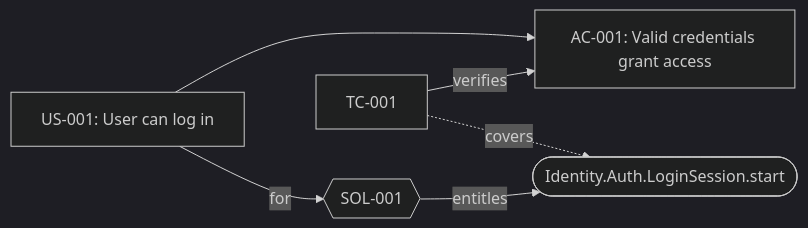
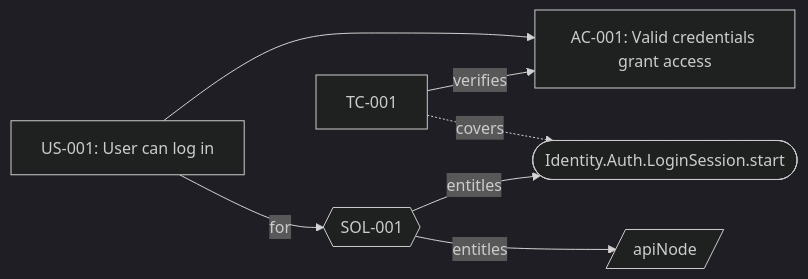
One commit to lemmit/Loc changed the diagram in docs/language-reference/19-requirements-traceability.md. Above: the diagram before and after it, drawn with Mermaid (dark theme). The commit also changed other lines of this file and 34 other files, not shown here.

````diff
--- a/docs/language-reference/19-requirements-traceability.md
+++ b/docs/language-reference/19-requirements-traceability.md
@@ -261,13 +279,15 @@
 ```mermaid
 flowchart LR
   r0["US-001: User can log in"]
   r1["AC-001: Valid credentials grant access"]
   r0 --> r1
   s2{{"SOL-001"}}
   r0 -->|for| s2
   c3(["Identity.Auth.LoginSession.start"])
   s2 -->|entitles| c3
+  c4[/"apiNode"/]
+  s2 -->|entitles| c4
   t5["TC-001"]
   t5 -->|verifies| r1
   t5 -.->|covers| c3
 ```
````
